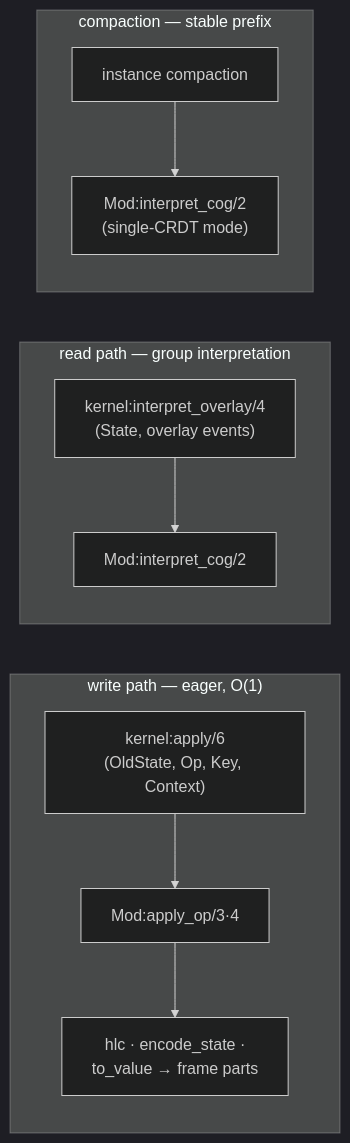
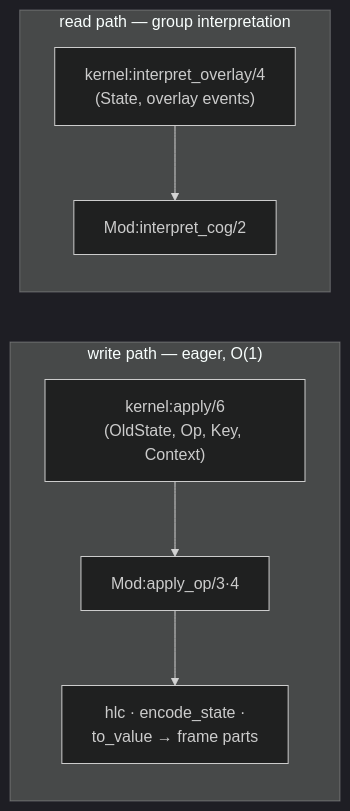
The second of 6 diagrams in apps/bondy_db/doc_extras/architecture/05_crdt_model.md (bondy-io/bondy), drawn with Mermaid (dark theme) before and after one commit. The commit also changed other lines of this file and 215 other files, not shown here.

````diff
--- a/apps/bondy_db/doc_extras/architecture/05_crdt_model.md
+++ b/apps/bondy_db/doc_extras/architecture/05_crdt_model.md
@@ -140,19 +140,14 @@
 ```mermaid
 flowchart LR
     subgraph write [write path — eager, O#40;1#41;]
       W["kernel:apply/6<br/>(OldState, Op, Key, Context)"]
       AO["Mod:apply_op/3·4"]
       ENC["hlc · encode_state ·<br/>to_value → frame parts"]
       W --> AO --> ENC
     end
     subgraph read [read path — group interpretation]
       R["kernel:interpret_overlay/4<br/>(State, overlay events)"]
       IC["Mod:interpret_cog/2"]
       R --> IC
     end
-    subgraph compaction [compaction — stable prefix]
-      C["instance compaction"]
-      IC2["Mod:interpret_cog/2<br/>(single-CRDT mode)"]
-      C --> IC2
-    end
 ```
````
